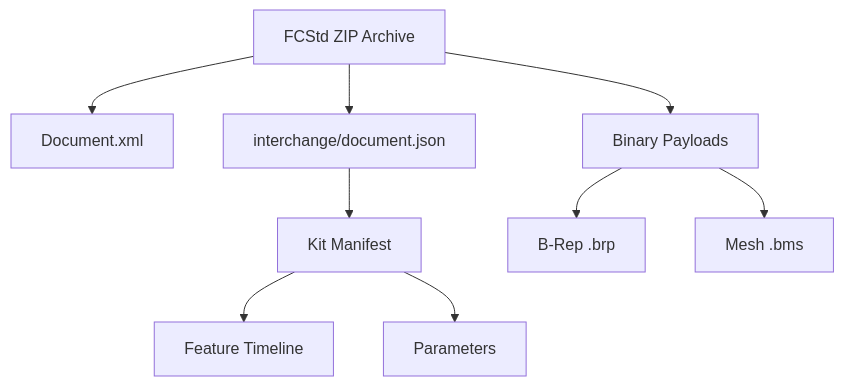
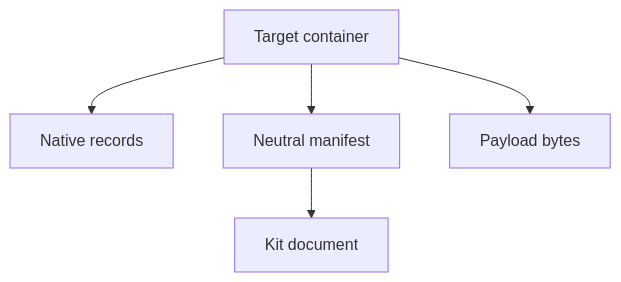
Before and after one commit to TryUniCAD/Kit: the diagram in Documentation/Reference/Data/Serialization.md, drawn with Mermaid. The commit also changed other lines of this file and 53 other files, not shown here.

````diff
--- a/Documentation/Reference/Data/Serialization.md
+++ b/Documentation/Reference/Data/Serialization.md
@@ -89,11 +63,7 @@
 ```mermaid
 flowchart TD
-    A[FCStd ZIP Archive] --> B[Document.xml]
-    A --> C[interchange/document.json]
-    A --> D[Binary Payloads]
-    C --> E[Kit Manifest]
-    E --> F[Feature Timeline]
-    E --> G[Parameters]
-    D --> H[B-Rep .brp]
-    D --> I[Mesh .bms]
+    Container[Target container] --> Native[Native records]
+    Container --> Manifest[Neutral manifest]
+    Container --> Payloads[Payload bytes]
+    Manifest --> Model[Kit document]
 ```
````
